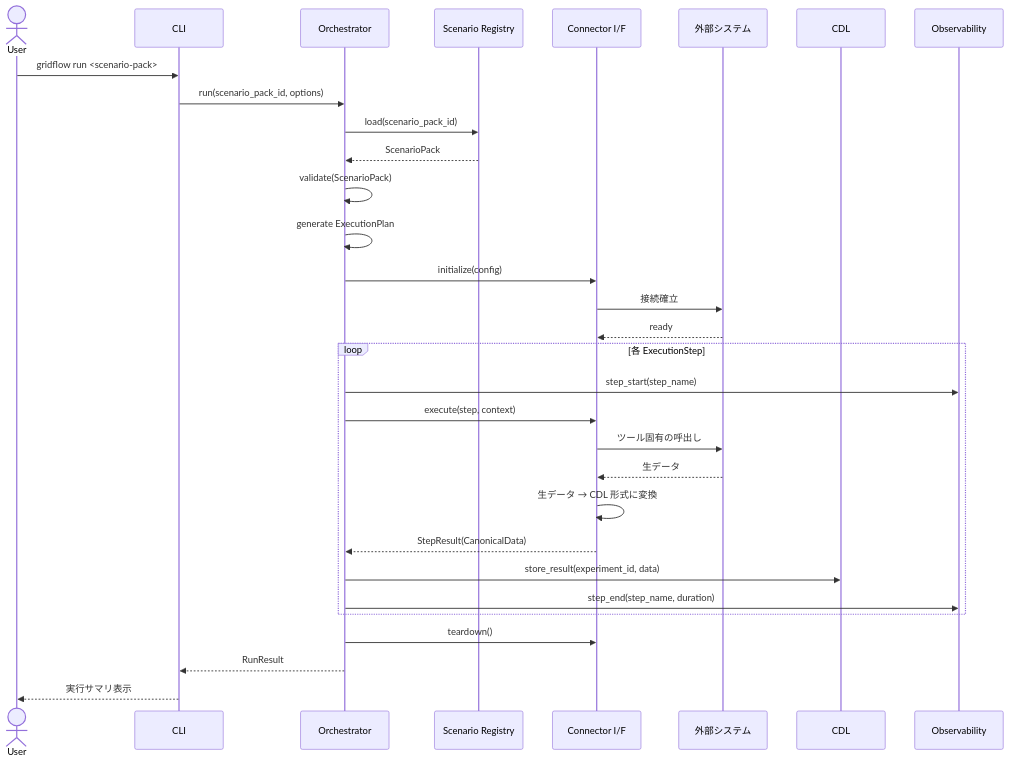
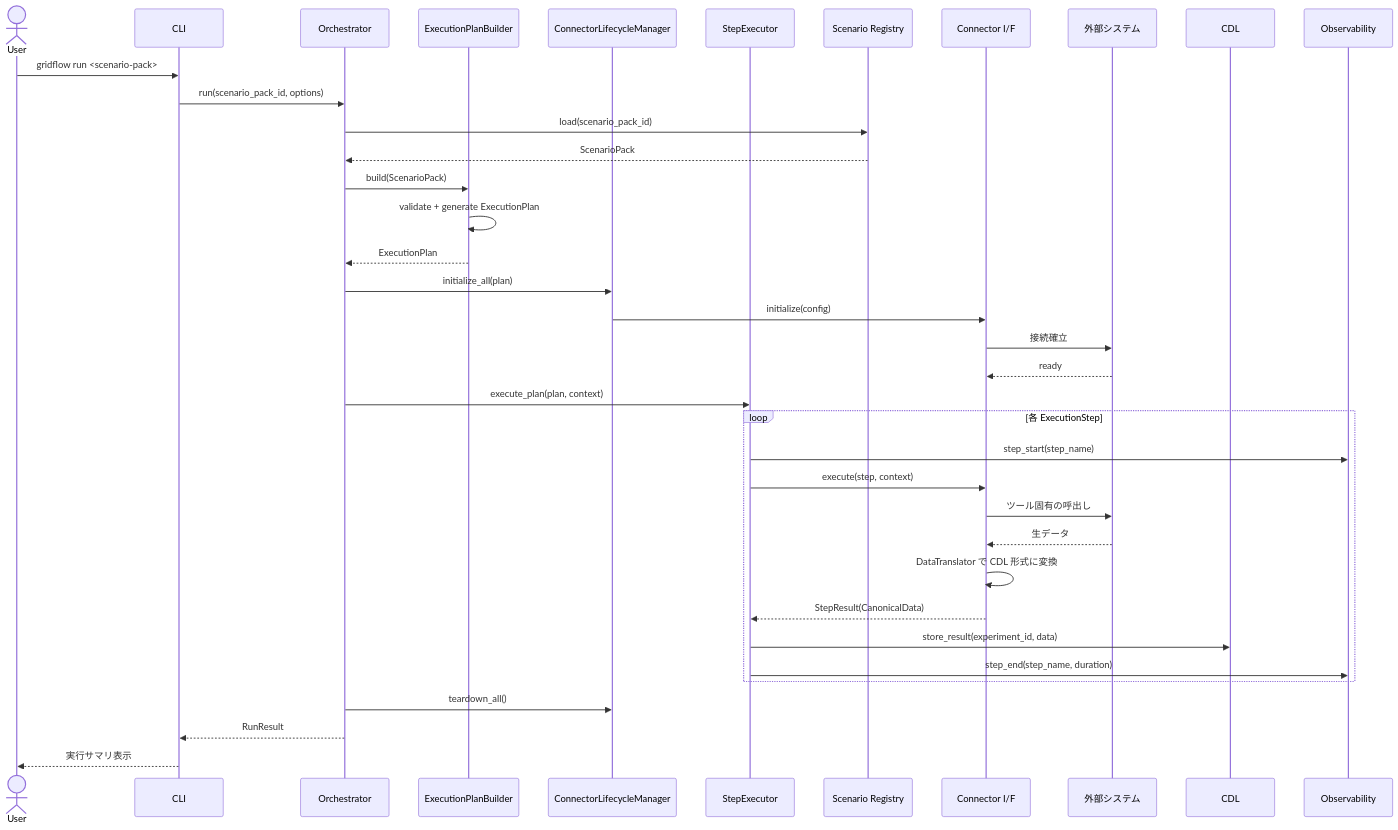
The sixth of 15 diagrams in docs/architecture/04_dynamic_view.md (bottlenome/gridflow), drawn with Mermaid before and after one commit. The commit also changed other lines of this file and 2 other files, not shown here.

First line of the commit message:
docs: propagate design review changes to all views

````diff
--- a/docs/architecture/04_dynamic_view.md
+++ b/docs/architecture/04_dynamic_view.md
@@ -484,39 +484,45 @@
 ```mermaid
 sequenceDiagram
     actor User
     participant CLI
-    participant Orchestrator
+    participant Orch as Orchestrator
+    participant PB as ExecutionPlanBuilder
+    participant LCM as ConnectorLifecycleManager
+    participant SE as StepExecutor
     participant Registry as Scenario Registry
     participant Connector as Connector I/F
     participant ExtSys as 外部システム
     participant CDL
     participant Logger as Observability
 
     User->>CLI: gridflow run <scenario-pack>
-    CLI->>Orchestrator: run(scenario_pack_id, options)
+    CLI->>Orch: run(scenario_pack_id, options)
 
-    Orchestrator->>Registry: load(scenario_pack_id)
-    Registry-->>Orchestrator: ScenarioPack
+    Orch->>Registry: load(scenario_pack_id)
+    Registry-->>Orch: ScenarioPack
 
-    Orchestrator->>Orchestrator: validate(ScenarioPack)
-    Orchestrator->>Orchestrator: generate ExecutionPlan
+    Orch->>PB: build(ScenarioPack)
+    PB->>PB: validate + generate ExecutionPlan
+    PB-->>Orch: ExecutionPlan
 
-    Orchestrator->>Connector: initialize(config)
+    Orch->>LCM: initialize_all(plan)
+    LCM->>Connector: initialize(config)
     Connector->>ExtSys: 接続確立
     ExtSys-->>Connector: ready
 
+    Orch->>SE: execute_plan(plan, context)
     loop 各 ExecutionStep
-        Orchestrator->>Logger: step_start(step_name)
-        Orchestrator->>Connector: execute(step, context)
+        SE->>Logger: step_start(step_name)
+        SE->>Connector: execute(step, context)
         Connector->>ExtSys: ツール固有の呼出し
         ExtSys-->>Connector: 生データ
-        Connector->>Connector: 生データ → CDL 形式に変換
-        Connector-->>Orchestrator: StepResult(CanonicalData)
-        Orchestrator->>CDL: store_result(experiment_id, data)
-        Orchestrator->>Logger: step_end(step_name, duration)
+        Connector->>Connector: DataTranslator で CDL 形式に変換
+        Connector-->>SE: StepResult(CanonicalData)
+        SE->>CDL: store_result(experiment_id, data)
+        SE->>Logger: step_end(step_name, duration)
     end
 
-    Orchestrator->>Connector: teardown()
-    Orchestrator-->>CLI: RunResult
+    Orch->>LCM: teardown_all()
+    Orch-->>CLI: RunResult
     CLI-->>User: 実行サマリ表示
 ```
````
